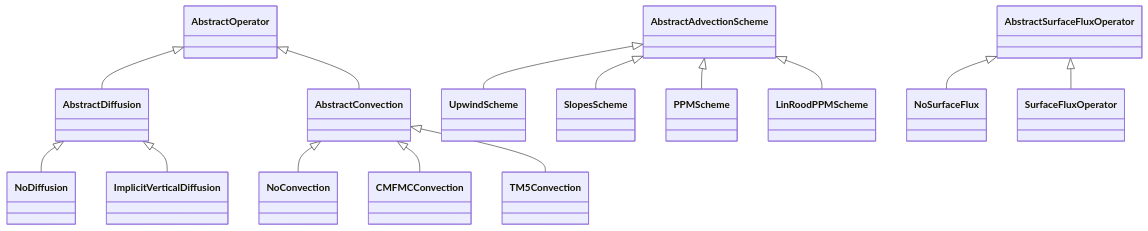
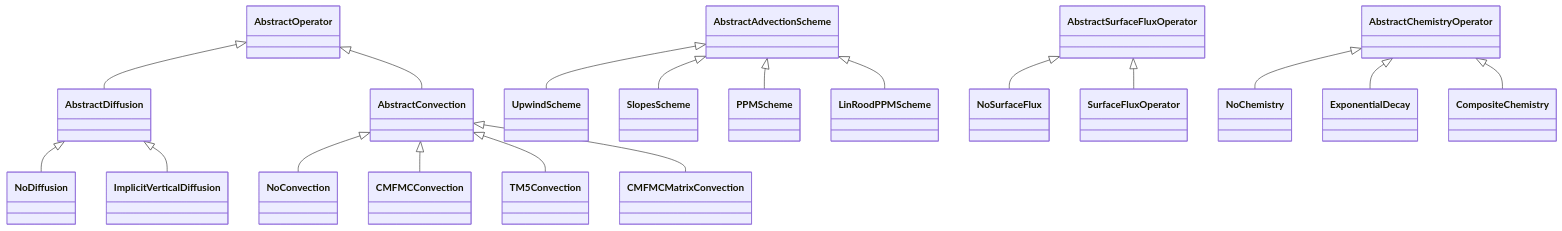
One commit to RemoteSensingTools/AtmosTransport changed the diagram in docs/src/concepts/operators.md. Above: the diagram before and after it, drawn with Mermaid. The commit also changed other lines of this file and 13 other files, not shown here.

````diff
--- a/docs/src/concepts/operators.md
+++ b/docs/src/concepts/operators.md
@@ -11,33 +11,42 @@
 ```mermaid
 classDiagram
     class AbstractOperator
     class AbstractAdvectionScheme
     class AbstractDiffusion
     class AbstractConvection
     class AbstractSurfaceFluxOperator
+    class AbstractChemistryOperator
     class UpwindScheme
     class SlopesScheme
     class PPMScheme
     class LinRoodPPMScheme
     class NoDiffusion
     class ImplicitVerticalDiffusion
     class NoConvection
     class CMFMCConvection
     class TM5Convection
+    class CMFMCMatrixConvection
     class NoSurfaceFlux
     class SurfaceFluxOperator
+    class NoChemistry
+    class ExponentialDecay
+    class CompositeChemistry
 
     AbstractOperator <|-- AbstractDiffusion
     AbstractOperator <|-- AbstractConvection
     AbstractAdvectionScheme <|-- UpwindScheme
     AbstractAdvectionScheme <|-- SlopesScheme
     AbstractAdvectionScheme <|-- PPMScheme
     AbstractAdvectionScheme <|-- LinRoodPPMScheme
     AbstractDiffusion <|-- NoDiffusion
     AbstractDiffusion <|-- ImplicitVerticalDiffusion
     AbstractConvection <|-- NoConvection
     AbstractConvection <|-- CMFMCConvection
     AbstractConvection <|-- TM5Convection
+    AbstractConvection <|-- CMFMCMatrixConvection
     AbstractSurfaceFluxOperator <|-- NoSurfaceFlux
     AbstractSurfaceFluxOperator <|-- SurfaceFluxOperator
+    AbstractChemistryOperator <|-- NoChemistry
+    AbstractChemistryOperator <|-- ExponentialDecay
+    AbstractChemistryOperator <|-- CompositeChemistry
 ```
````
